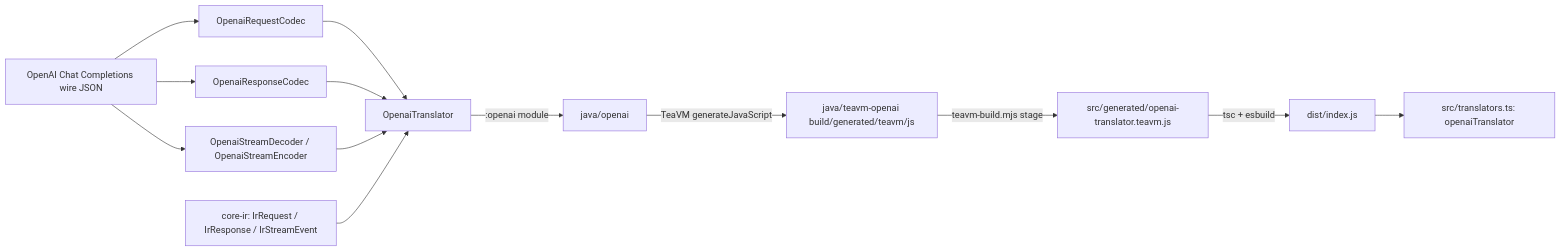
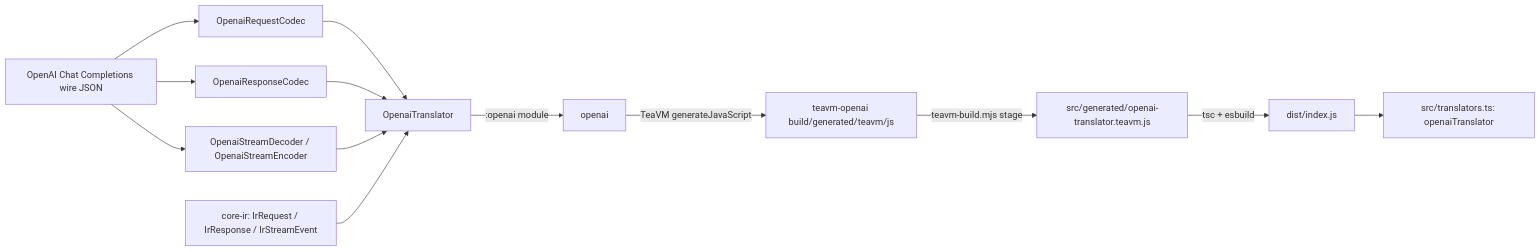
One commit to intisy-ai/openai-translator changed the diagram in README.md. Above: the diagram before and after it, drawn with Mermaid. The commit also changed other lines of this file and 1 other file, not shown here.

````diff
--- a/README.md
+++ b/README.md
@@ -11,15 +11,15 @@
 ```mermaid
 flowchart LR
   WIRE[OpenAI Chat Completions wire JSON] --> REQ[OpenaiRequestCodec]
   WIRE --> RESP[OpenaiResponseCodec]
   WIRE --> SSE[OpenaiStreamDecoder / OpenaiStreamEncoder]
   REQ --> TR[OpenaiTranslator]
   RESP --> TR
   SSE --> TR
   IR[core-ir: IrRequest / IrResponse / IrStreamEvent] --> TR
-  TR -->|":openai" module| OPENAI[java/openai]
-  OPENAI -->|TeaVM generateJavaScript| GEN[java/teavm-openai build/generated/teavm/js]
+  TR -->|":openai" module| OPENAI[openai]
+  OPENAI -->|TeaVM generateJavaScript| GEN[teavm-openai build/generated/teavm/js]
   GEN -->|teavm-build.mjs stage| STAGED[src/generated/openai-translator.teavm.js]
   STAGED -->|tsc + esbuild| DIST[dist/index.js]
   DIST --> API["src/translators.ts: openaiTranslator"]
 ```
````
